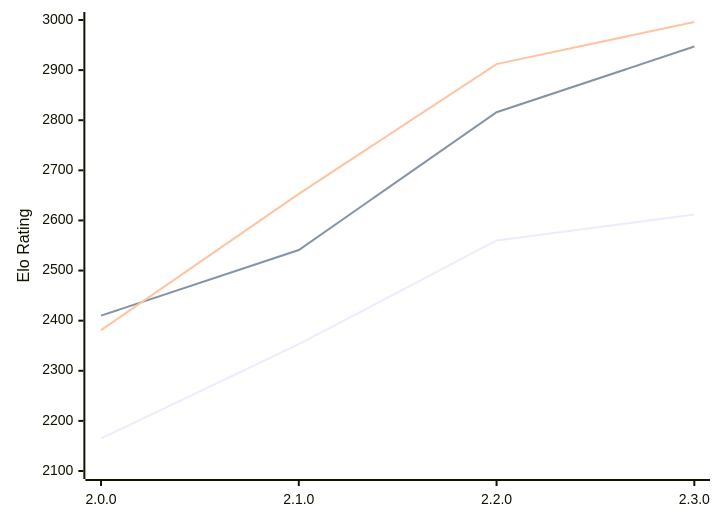
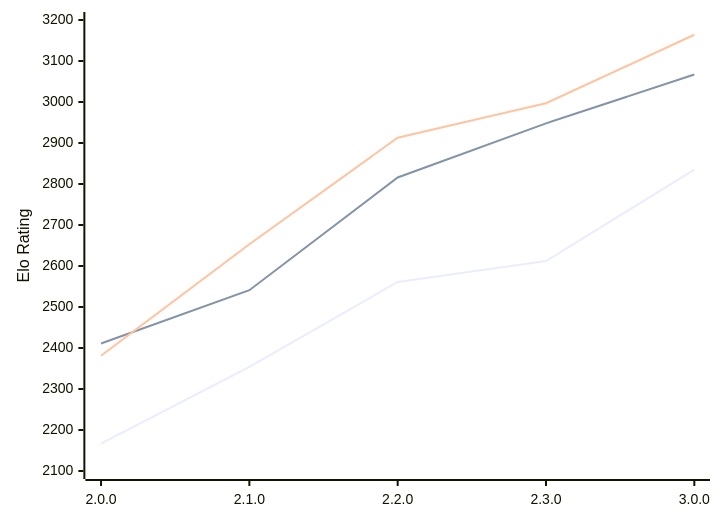
The diagram in engines/Raphael.md (computer-chess-index/cci), drawn with Mermaid before and after one commit. The commit also changed other lines of this file, not shown here.

Commit message:
Update CCI Ratings (ELO VLTC) - 2026-02-12

````diff
--- a/engines/Raphael.md
+++ b/engines/Raphael.md
@@ -44,9 +44,9 @@
 ```mermaid
 %%{init: {"theme":"base","themeVariables":{"seriesColors:['#a3a3a3','#222221','#faa371']}}}%%
 xychart-beta
-  x-axis ["2.0.0", "2.1.0", "2.2.0", "2.3.0"]
-  y-axis "Elo Rating" 2100 --> 3000
-  line "STC (8.0+0.08s)" [2165, 2353, 2560, 2612]
-  line "LTC (60.0+0.60s)" [2410, 2541, 2816, 2947]
-  line "VLTC (2m24s+1.12s)" [2381, 2653, 2912, 2996]
+  x-axis ["2.0.0", "2.1.0", "2.2.0", "2.3.0", "3.0.0"]
+  y-axis "Elo Rating" 2100 --> 3200
+  line "STC (8.0+0.08s)" [2167, 2354, 2561, 2612, 2835]
+  line "LTC (60.0+0.60s)" [2411, 2541, 2816, 2948, 3067]
+  line "VLTC (2m24s+1.12s)" [2381, 2653, 2913, 2997, 3164]
 ```
````
